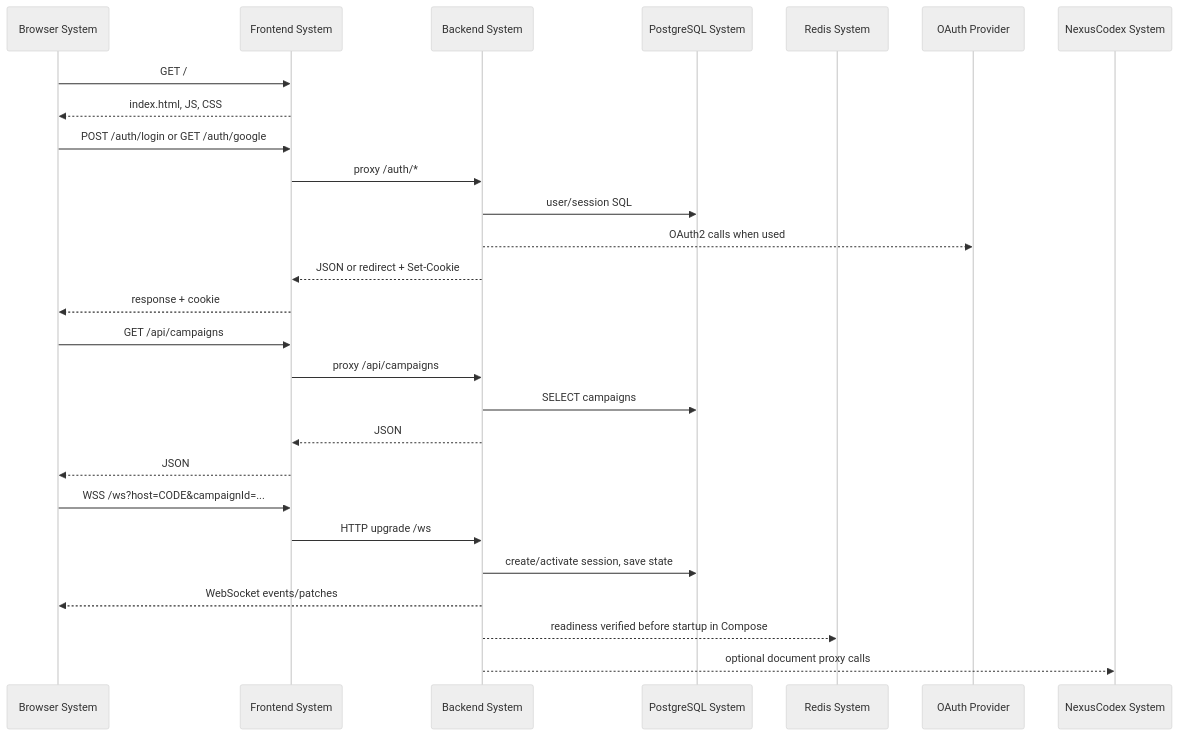
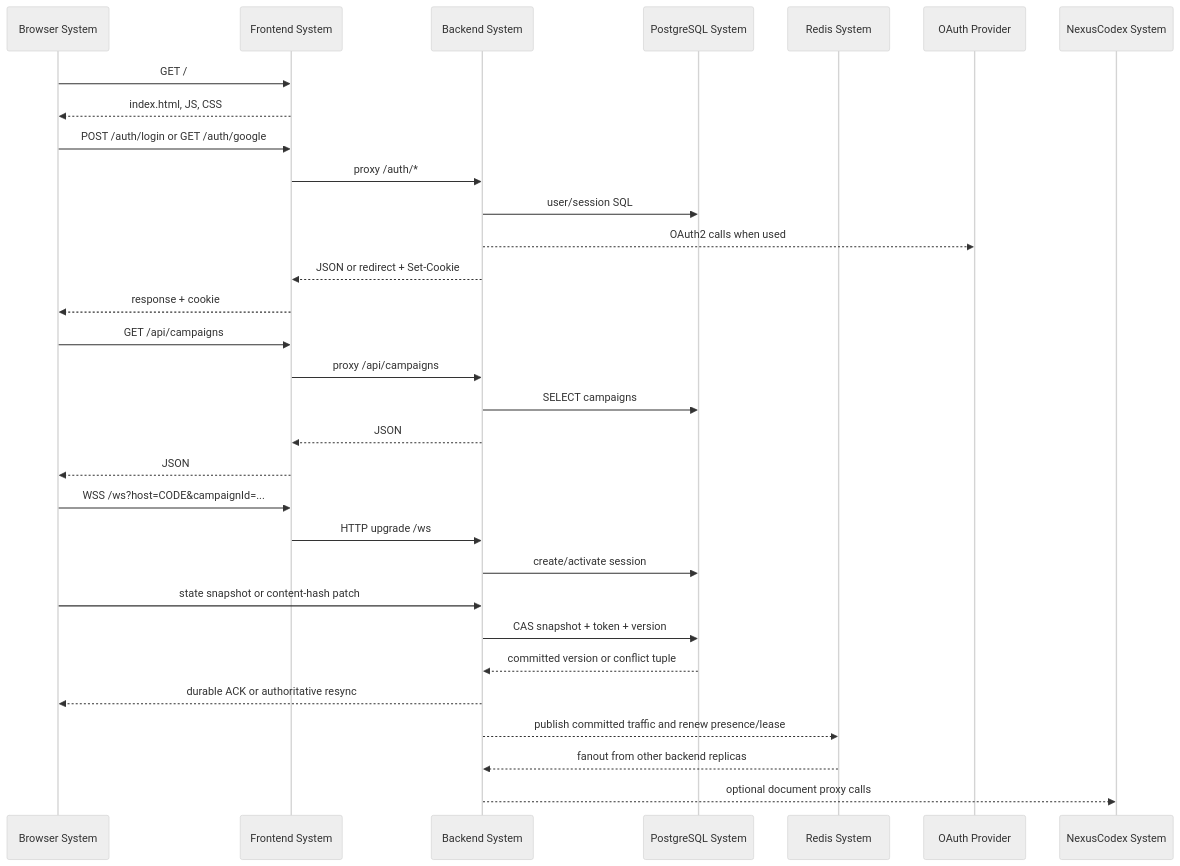
The diagram in docs/DoDEA/SV-2.md (joelmale/nexusVTT), drawn with Mermaid (neutral theme) before and after one commit. The commit also changed other lines of this file and 225 other files, not shown here.

First line of the commit message:
Harden architecture and production resilience

````diff
--- a/docs/DoDEA/SV-2.md
+++ b/docs/DoDEA/SV-2.md
@@ -8,30 +8,34 @@
 ```mermaid
 sequenceDiagram
   participant B as Browser System
   participant F as Frontend System
   participant A as Backend System
   participant P as PostgreSQL System
   participant R as Redis System
   participant O as OAuth Provider
   participant D as NexusCodex System
 
   B->>F: GET /
   F-->>B: index.html, JS, CSS
   B->>F: POST /auth/login or GET /auth/google
   F->>A: proxy /auth/*
   A->>P: user/session SQL
   A-->>O: OAuth2 calls when used
   A-->>F: JSON or redirect + Set-Cookie
   F-->>B: response + cookie
   B->>F: GET /api/campaigns
   F->>A: proxy /api/campaigns
   A->>P: SELECT campaigns
   A-->>F: JSON
   F-->>B: JSON
   B->>F: WSS /ws?host=CODE&campaignId=...
   F->>A: HTTP upgrade /ws
-  A->>P: create/activate session, save state
-  A-->>B: WebSocket events/patches
-  A-->>R: readiness verified before startup in Compose
+  A->>P: create/activate session
+  B->>A: state snapshot or content-hash patch
+  A->>P: CAS snapshot + token + version
+  P-->>A: committed version or conflict tuple
+  A-->>B: durable ACK or authoritative resync
+  A-->>R: publish committed traffic and renew presence/lease
+  R-->>A: fanout from other backend replicas
   A-->>D: optional document proxy calls
 ```
````
